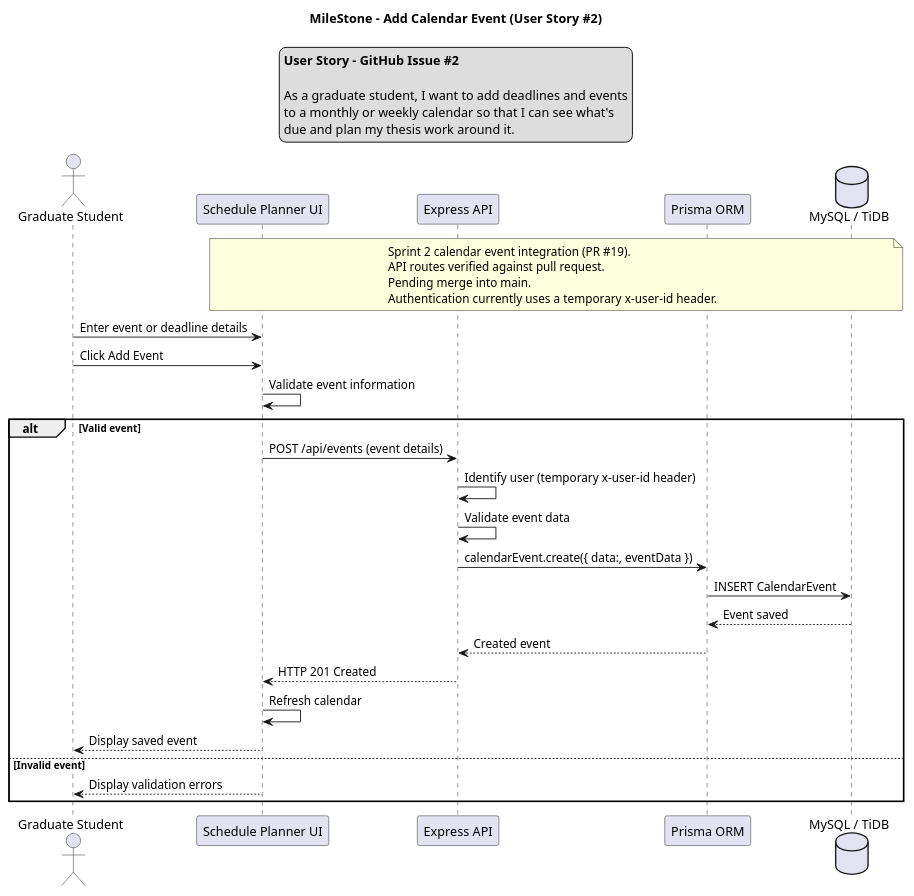
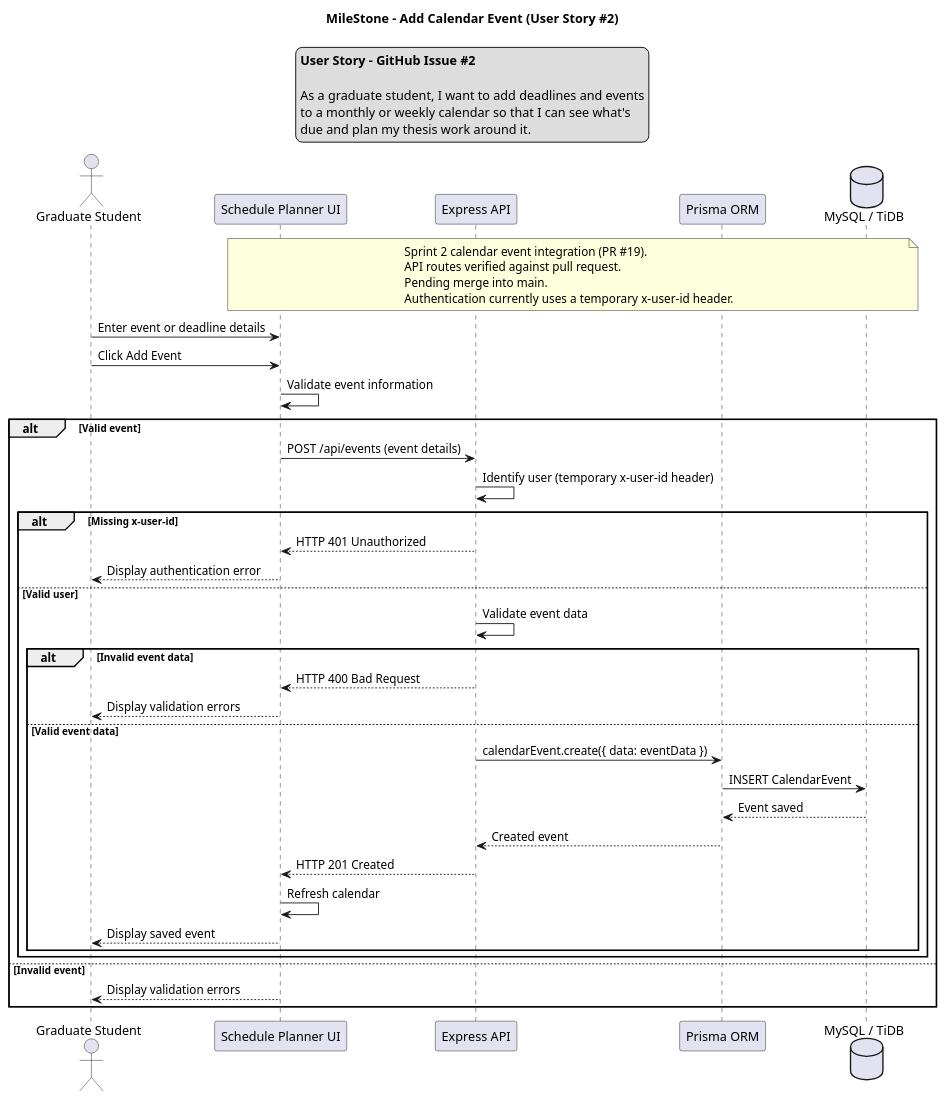
The diagram in docs/uml/calendar-event-sequence.puml (aledepau101/MileStone), drawn with PlantUML before and after one commit. The commit also changed 2 other files, not shown here.

```diff
--- a/docs/uml/calendar-event-sequence.puml
+++ b/docs/uml/calendar-event-sequence.puml
@@ -1,48 +1,59 @@
 @startuml CalendarEventSequence
 title MileStone - Add Calendar Event (User Story #2)
 legend top
     <b>User Story - GitHub Issue #2</b>
 
     As a graduate student, I want to add deadlines and events
     to a monthly or weekly calendar so that I can see what's
     due and plan my thesis work around it.
 endlegend
 
 actor "Graduate Student" as Student
 participant "Schedule Planner UI" as UI
 participant "Express API" as API
 participant "Prisma ORM" as Prisma
 database "MySQL / TiDB" as DB
 
 note over UI, DB
     Sprint 2 calendar event integration (PR #19).
     API routes verified against pull request.
     Pending merge into main.
     Authentication currently uses a temporary x-user-id header.
 end note
 
 Student -> UI: Enter event or deadline details
 Student -> UI: Click Add Event
 
 UI -> UI: Validate event information
 
 alt Valid event
     UI -> API: POST /api/events (event details)
 
     API -> API: Identify user (temporary x-user-id header)
-    API -> API: Validate event data
 
-    API -> Prisma: calendarEvent.create({ data:, eventData })
-    Prisma -> DB: INSERT CalendarEvent
-    DB --> Prisma: Event saved
-    Prisma --> API: Created event
+    alt Missing x-user-id
+        API --> UI: HTTP 401 Unauthorized
+        UI --> Student: Display authentication error
+    else Valid user
+        API -> API: Validate event data
 
-    API --> UI: HTTP 201 Created
-    UI -> UI: Refresh calendar
-    UI --> Student: Display saved event
+        alt Invalid event data
+            API --> UI: HTTP 400 Bad Request
+            UI --> Student: Display validation errors
+        else Valid event data
+            API -> Prisma: calendarEvent.create({ data: eventData })
+            Prisma -> DB: INSERT CalendarEvent
+            DB --> Prisma: Event saved
+            Prisma --> API: Created event
+
+            API --> UI: HTTP 201 Created
+            UI -> UI: Refresh calendar
+            UI --> Student: Display saved event
+        end
+    end
 
 else Invalid event
     UI --> Student: Display validation errors
 end
 
 @enduml
```
